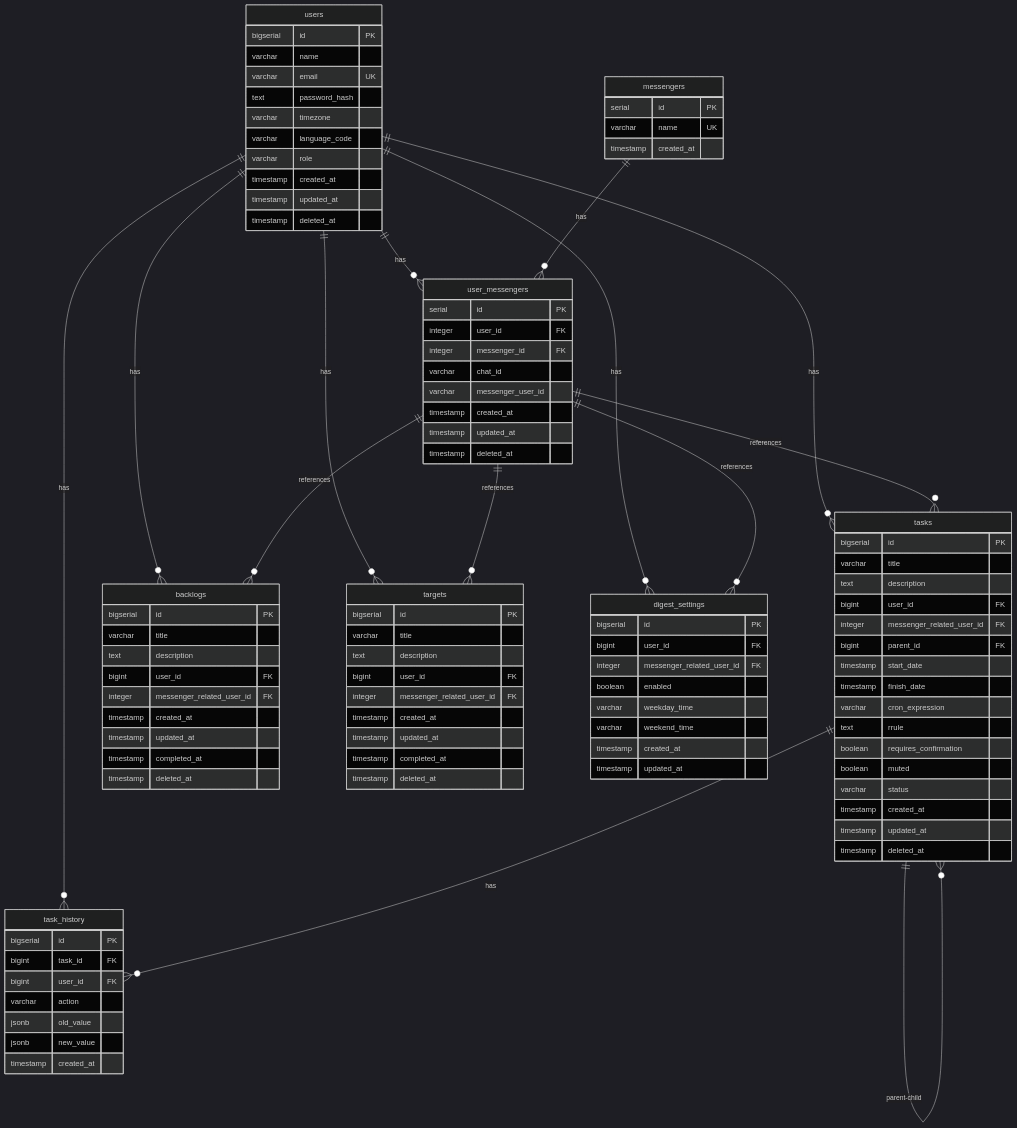
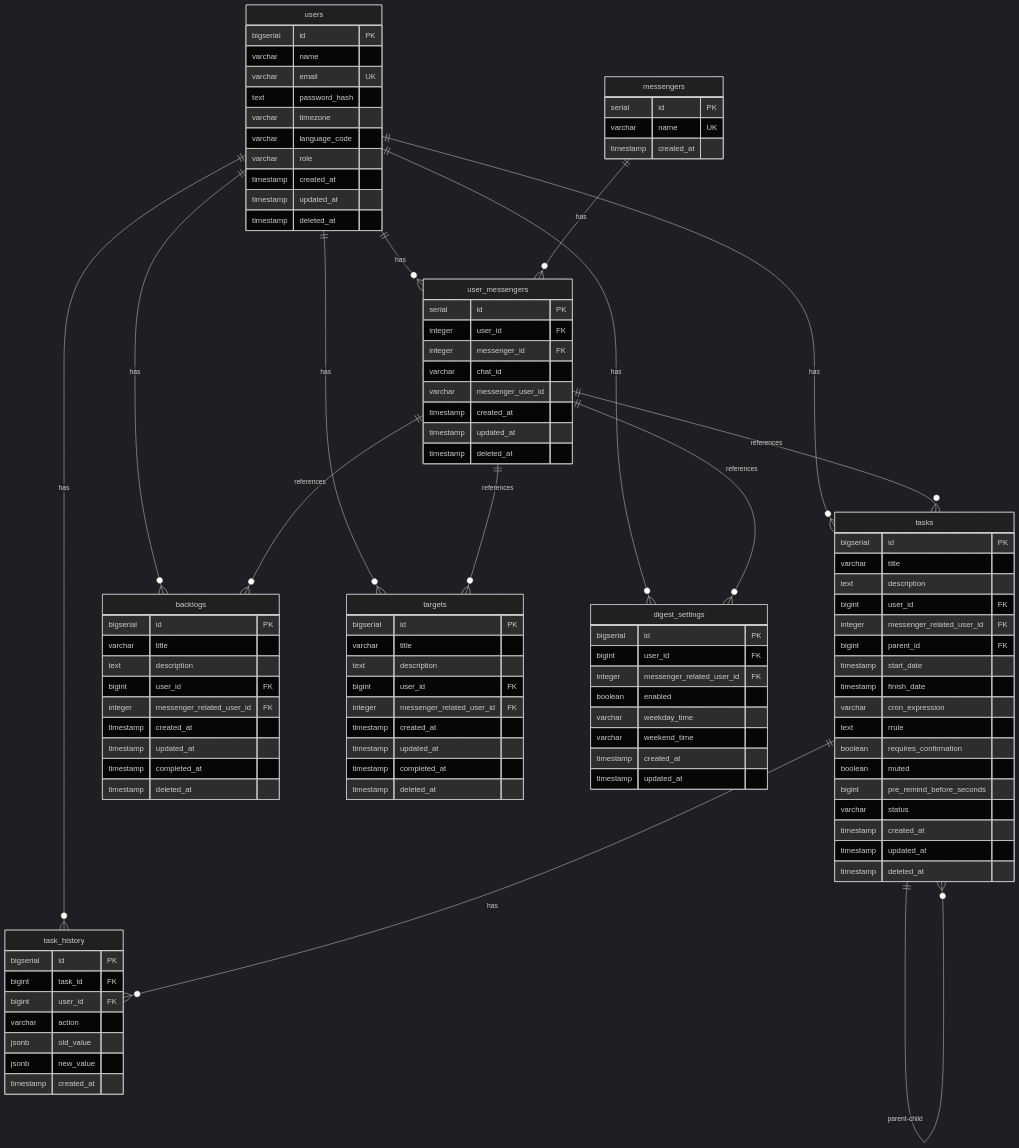
The diagram in README.md (boskuv/goreminder), drawn with Mermaid (dark theme) before and after one commit. The commit also changed other lines of this file and 4 other files, not shown here.

```diff
--- a/README.md
+++ b/README.md
@@ -169,6 +170,7 @@
         text rrule
         boolean requires_confirmation
         boolean muted
+        bigint pre_remind_before_seconds
         varchar status
         timestamp created_at
         timestamp updated_at
```
